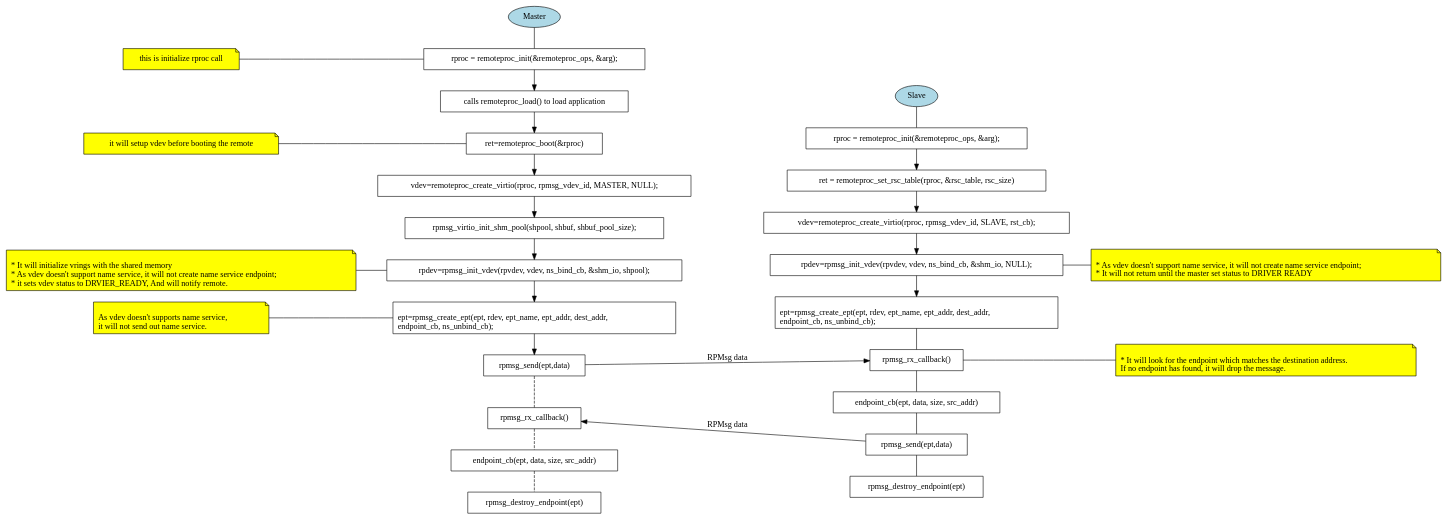
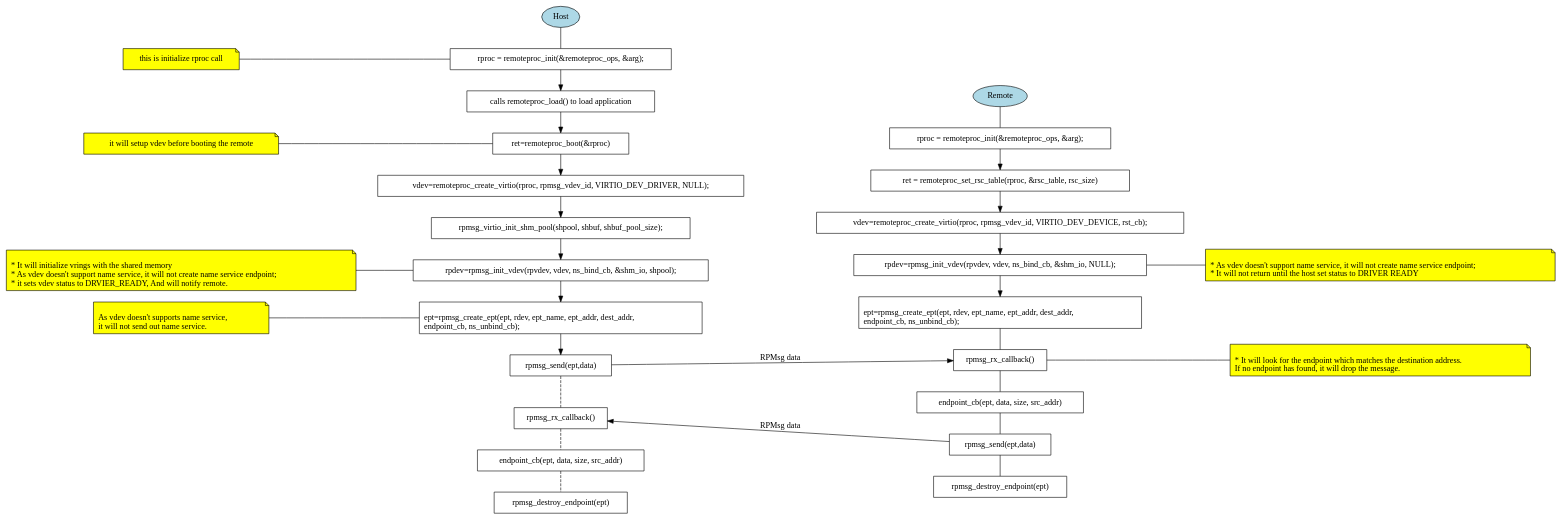
Before and after one commit to OpenAMP/open-amp: the diagram in docs/img-src/coprocessor-rpmsg-static-ep.gv, drawn with Graphviz. The commit also changed 43 other files, not shown here.

```diff
--- a/docs/img-src/coprocessor-rpmsg-static-ep.gv
+++ b/docs/img-src/coprocessor-rpmsg-static-ep.gv
@@ -1,86 +1,86 @@
 // RPMsg static endpoints
 
 digraph G {
   rankdir="LR";
 
   subgraph roles {
     node [style="filled", fillcolor="lightblue"];
-    master [label="Master"];
-    slave [label="Slave"];
+    host [label="Host"];
+    remote [label="Remote"];
   }
 
   subgraph m_comment_nodes {
     node [group=m_comment, shape="note", style="filled", fillcolor="yellow"];
     rank="same";
     m_remoteproc_init_comment [label="this is initialize rproc call"];
     m_remoteproc_boot_comment [label="it will setup vdev before booting the remote"];
     m_rpmsg_vdev_init_comment [label="\l* It will initialize vrings with the shared memory\l* As vdev doesn't support name service, it will not create name service endpoint;\l* it sets vdev status to DRVIER_READY, And will notify remote.\l"];
     m_rpmsg_create_ep_comment [label="\lAs vdev doesn't supports name service,\lit will not send out name service.\l"];
   }
 
   subgraph m_flow_nodes {
     node [shape="box"];
     rank="same";
     m_remoteproc_init [label="rproc = remoteproc_init(&remoteproc_ops, &arg);"];
     m_remoteproc_load [label="calls remoteproc_load() to load application"];
     m_remoteproc_boot [shape="box", label="ret=remoteproc_boot(&rproc)"];
-    m_remoteproc_get_vdev [label="vdev=remoteproc_create_virtio(rproc, rpmsg_vdev_id, MASTER, NULL);"];
+    m_remoteproc_get_vdev [label="vdev=remoteproc_create_virtio(rproc, rpmsg_vdev_id, VIRTIO_DEV_DRIVER, NULL);"];
     m_rpmsg_shmpool_init[label="rpmsg_virtio_init_shm_pool(shpool, shbuf, shbuf_pool_size);"];
     m_rpmsg_vdev_init [label="rpdev=rpmsg_init_vdev(rpvdev, vdev, ns_bind_cb, &shm_io, shpool);"];
     m_rpmsg_create_ep [label="\lept=rpmsg_create_ept(ept, rdev, ept_name, ept_addr, dest_addr, \lendpoint_cb, ns_unbind_cb);\l"];
     m_rpmsg_send [label="rpmsg_send(ept,data)"];
     m_rpmsg_rx_cb [label="rpmsg_rx_callback()"];
     m_ep_cb [label="endpoint_cb(ept, data, size, src_addr)"];
     m_rpmsg_destroy_ep [label="rpmsg_destroy_endpoint(ept)"];
 
     m_remoteproc_init -> m_remoteproc_load -> m_remoteproc_boot -> m_remoteproc_get_vdev ->
     m_rpmsg_shmpool_init -> m_rpmsg_vdev_init -> m_rpmsg_create_ep -> m_rpmsg_send;
     m_rpmsg_send -> m_rpmsg_rx_cb -> m_ep_cb ->
     m_rpmsg_destroy_ep [dir="none", style="dashed"];
   }
 
   subgraph s_flow_nodes {
     rank="same";
     node [shape="box"];
     s_remoteproc_init [label="rproc = remoteproc_init(&remoteproc_ops, &arg);"];
 
     s_remoteproc_parse_rsc [label="ret = remoteproc_set_rsc_table(rproc, &rsc_table, rsc_size)"];
-    s_remoteproc_get_vdev [label="vdev=remoteproc_create_virtio(rproc, rpmsg_vdev_id, SLAVE, rst_cb);"];
+    s_remoteproc_get_vdev [label="vdev=remoteproc_create_virtio(rproc, rpmsg_vdev_id, VIRTIO_DEV_DEVICE, rst_cb);"];
     s_rpmsg_vdev_init [label="rpdev=rpmsg_init_vdev(rpvdev, vdev, ns_bind_cb, &shm_io, NULL);"];
     s_rpmsg_create_ep [label="\lept=rpmsg_create_ept(ept, rdev, ept_name, ept_addr, dest_addr, \lendpoint_cb, ns_unbind_cb);\l"];
     s_rpmsg_send [label="rpmsg_send(ept,data)"];
     s_rpmsg_rx_cb [label="rpmsg_rx_callback()"];
     s_ep_cb [label="endpoint_cb(ept, data, size, src_addr)"];
     s_rpmsg_destroy_ep [label="rpmsg_destroy_endpoint(ept)"];
 
     s_remoteproc_init -> s_remoteproc_parse_rsc -> s_remoteproc_get_vdev ->
     s_rpmsg_vdev_init -> s_rpmsg_create_ep;
     s_rpmsg_create_ep -> s_rpmsg_rx_cb ->
     s_ep_cb -> s_rpmsg_send -> s_rpmsg_destroy_ep [dir="none", style="dash"];
 
   }
 
   subgraph s_comment_nodes {
     node [group=s_comment, shape="note", style="filled", fillcolor="yellow"];
     rank="same";
-    s_rpmsg_vdev_init_comment [label="\l* As vdev doesn't support name service, it will not create name service endpoint;\l* It will not return until the master set status to DRIVER READY\l"];
+    s_rpmsg_vdev_init_comment [label="\l* As vdev doesn't support name service, it will not create name service endpoint;\l* It will not return until the host set status to DRIVER READY\l"];
     s_rpmsg_rx_cb_comment [label="\l* It will look for the endpoint which matches the destination address.\lIf no endpoint has found, it will drop the message.\l"];
   }
 
-  master -> m_remoteproc_init [dir="none"];
-  slave -> s_remoteproc_init [dir="none"];
+  host -> m_remoteproc_init [dir="none"];
+  remote -> s_remoteproc_init [dir="none"];
   m_rpmsg_send -> s_rpmsg_rx_cb [label="RPMsg data"];
   s_rpmsg_send -> m_rpmsg_rx_cb [label="RPMsg data"];
 
   m_remoteproc_init_comment -> m_remoteproc_init [dir="none"];
   m_remoteproc_boot_comment -> m_remoteproc_boot [dir="none"];
   m_rpmsg_vdev_init_comment -> m_rpmsg_vdev_init [dir="none"];
   m_rpmsg_create_ep_comment -> m_rpmsg_create_ep [dir="none"];
 
   s_rpmsg_vdev_init -> s_rpmsg_vdev_init_comment [dir="none"];
   s_rpmsg_rx_cb -> s_rpmsg_rx_cb_comment [dir="none"];
 
-  {rank=same; master; m_remoteproc_init}
-  {rank=same; slave; s_remoteproc_init}
+  {rank=same; host; m_remoteproc_init}
+  {rank=same; remote; s_remoteproc_init}
 
 }
```
